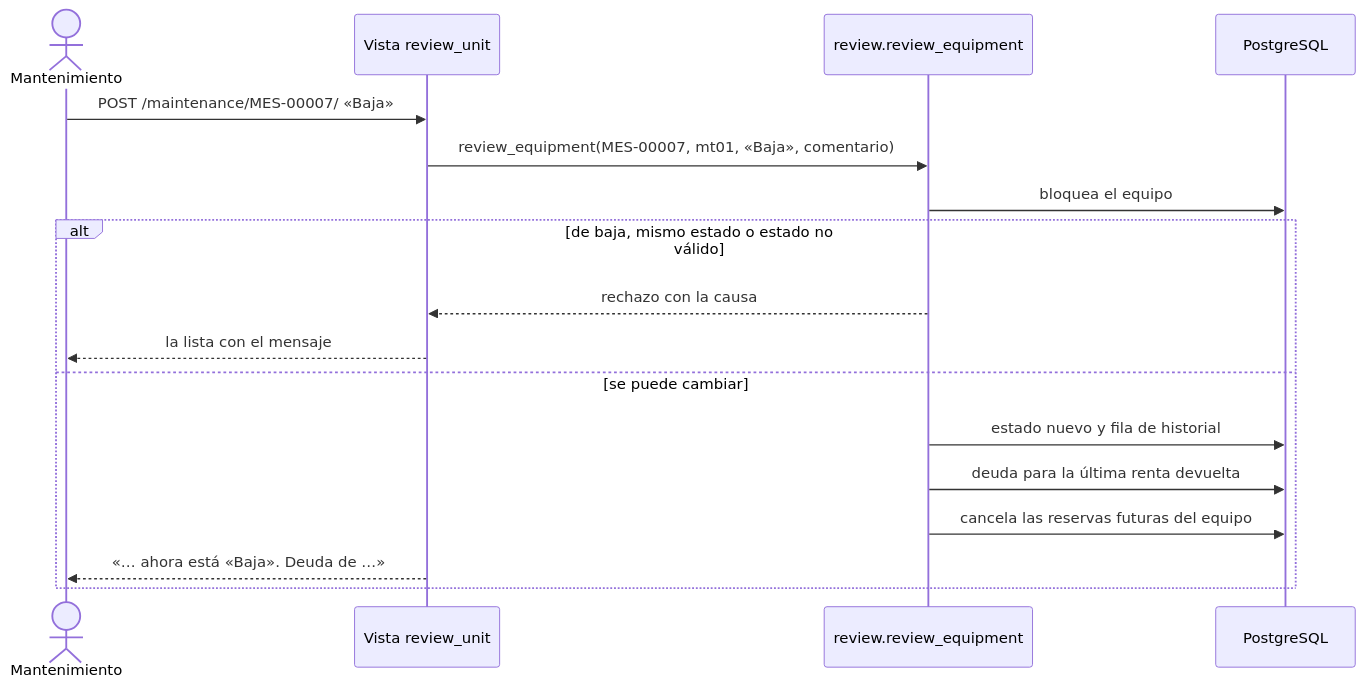
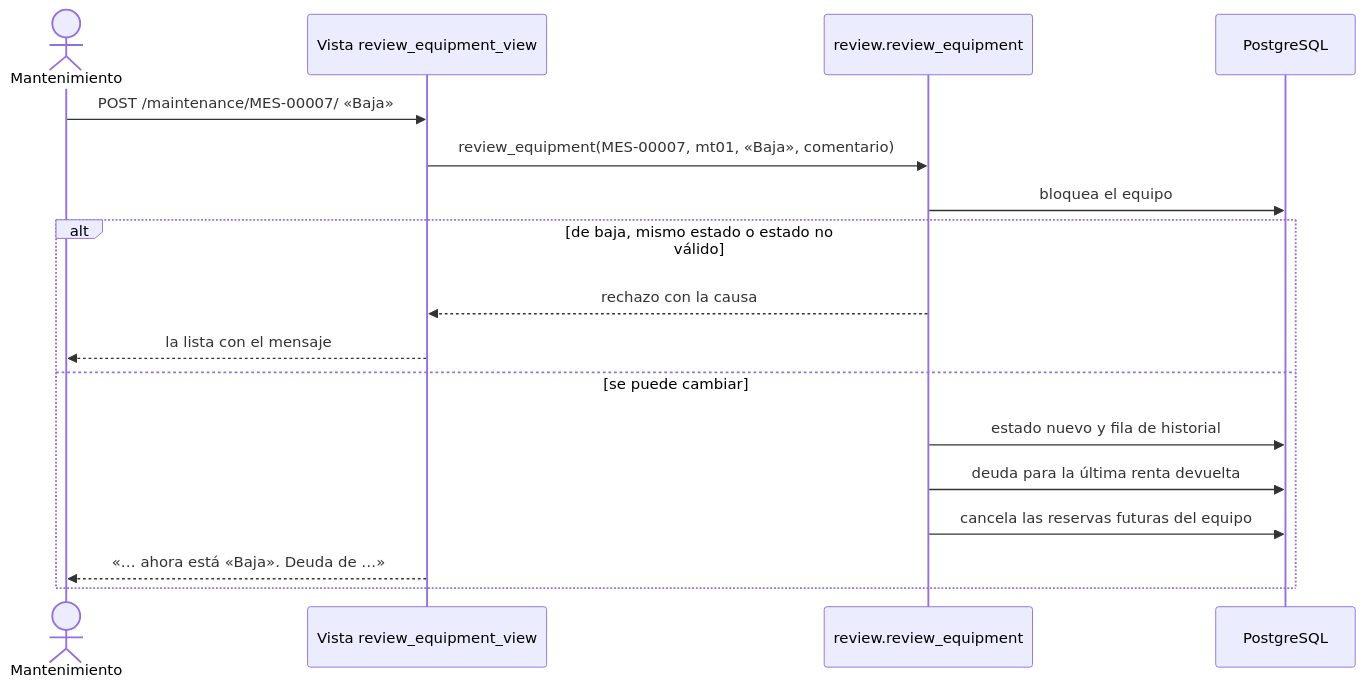
Before and after one commit to peterteranb/astra-rent-system: diagram 11 of 17 in docs/casos-de-uso.md, drawn with Mermaid. The commit also changed other lines of this file and 18 other files, not shown here.

````diff
--- a/docs/casos-de-uso.md
+++ b/docs/casos-de-uso.md
@@ -450,19 +449,19 @@
 ```mermaid
 sequenceDiagram
     actor T as Mantenimiento
-    participant V as Vista review_unit
+    participant V as Vista review_equipment_view
     participant U as review.review_equipment
     participant BD as PostgreSQL
     T->>V: POST /maintenance/MES-00007/ «Baja»
     V->>U: review_equipment(MES-00007, mt01, «Baja», comentario)
     U->>BD: bloquea el equipo
     alt de baja, mismo estado o estado no válido
         U-->>V: rechazo con la causa
         V-->>T: la lista con el mensaje
     else se puede cambiar
         U->>BD: estado nuevo y fila de historial
         U->>BD: deuda para la última renta devuelta
         U->>BD: cancela las reservas futuras del equipo
         V-->>T: «… ahora está «Baja». Deuda de …»
     end
 ```
````
